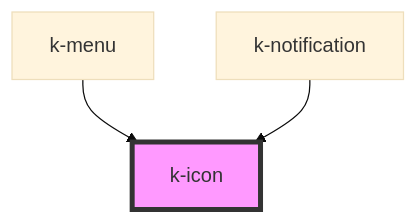
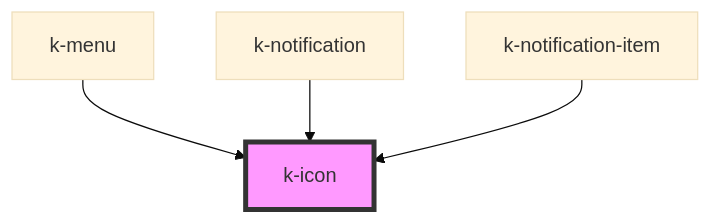
One commit to ksquareincmx/vuh-stencil-components changed the diagram in core/src/components/k-icon/readme.md. Above: the diagram before and after it, drawn with Mermaid (base theme). The commit also changed other lines of this file and 12 other files, not shown here.

````diff
--- a/core/src/components/k-icon/readme.md
+++ b/core/src/components/k-icon/readme.md
@@ -24,6 +25,7 @@
 ```mermaid
 graph TD;
   k-menu --> k-icon
   k-notification --> k-icon
+  k-notification-item --> k-icon
   style k-icon fill:#f9f,stroke:#333,stroke-width:4px
 ```
````
